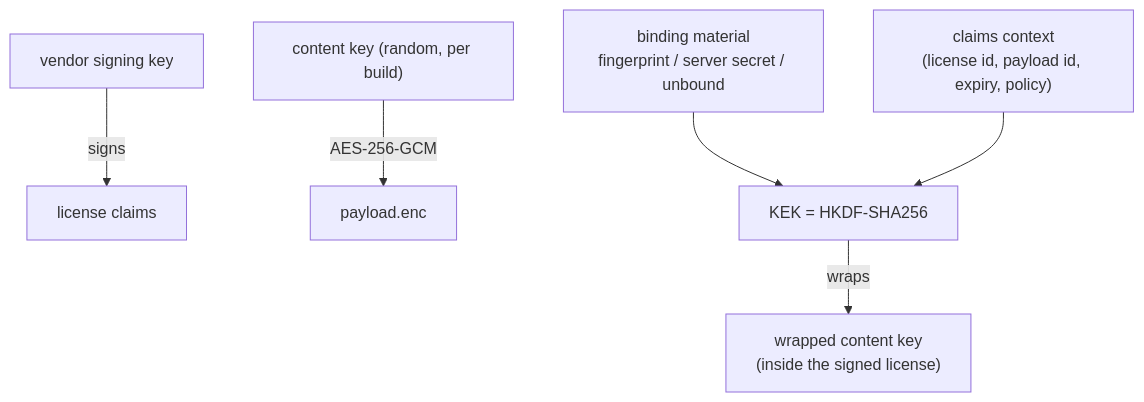
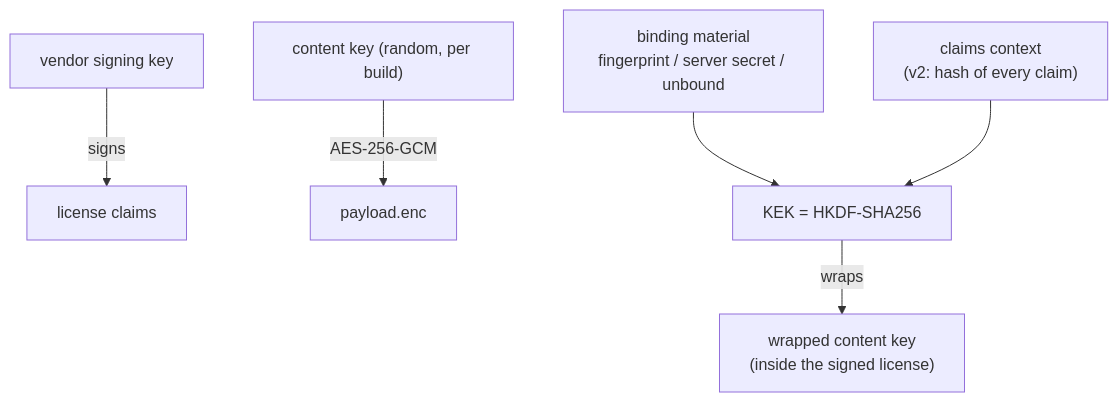
Before and after one commit to AI2TH/cryptship: the fifth of 5 diagrams in docs/DIAGRAMS.md, drawn with Mermaid. The commit also changed other lines of this file and 11 other files, not shown here.

````diff
--- a/docs/DIAGRAMS.md
+++ b/docs/DIAGRAMS.md
@@ -139,8 +139,8 @@
 ```mermaid
 flowchart TD
   VK["vendor signing key"] -->|"signs"| LIC["license claims"]
   CK["content key (random, per build)"] -->|"AES-256-GCM"| ENC["payload.enc"]
   BM["binding material<br/>fingerprint / server secret / unbound"] --> KEK
-  CTX["claims context<br/>(license id, payload id, expiry, policy)"] --> KEK["KEK = HKDF-SHA256"]
+  CTX["claims context<br/>(v2: hash of every claim)"] --> KEK["KEK = HKDF-SHA256"]
   KEK -->|"wraps"| WK["wrapped content key<br/>(inside the signed license)"]
 ```
````
